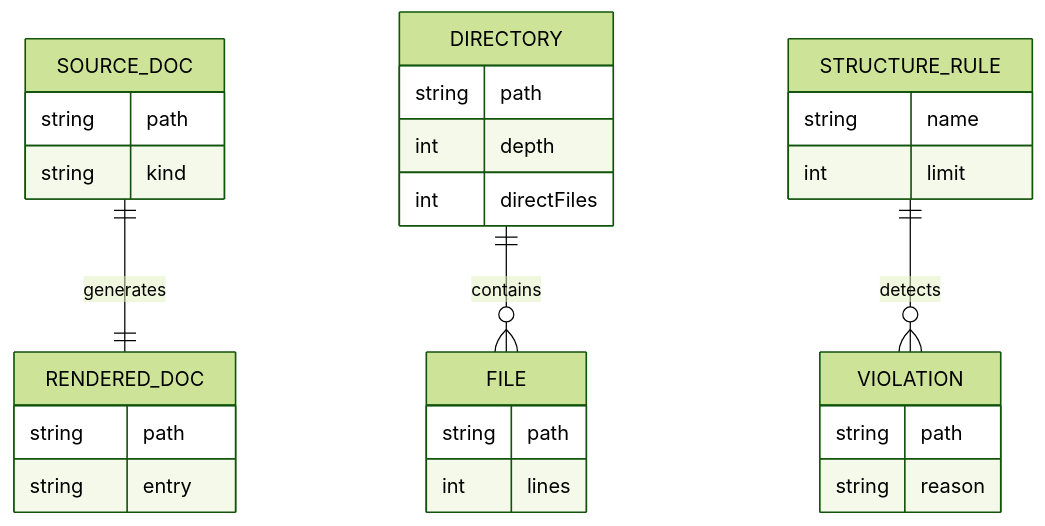
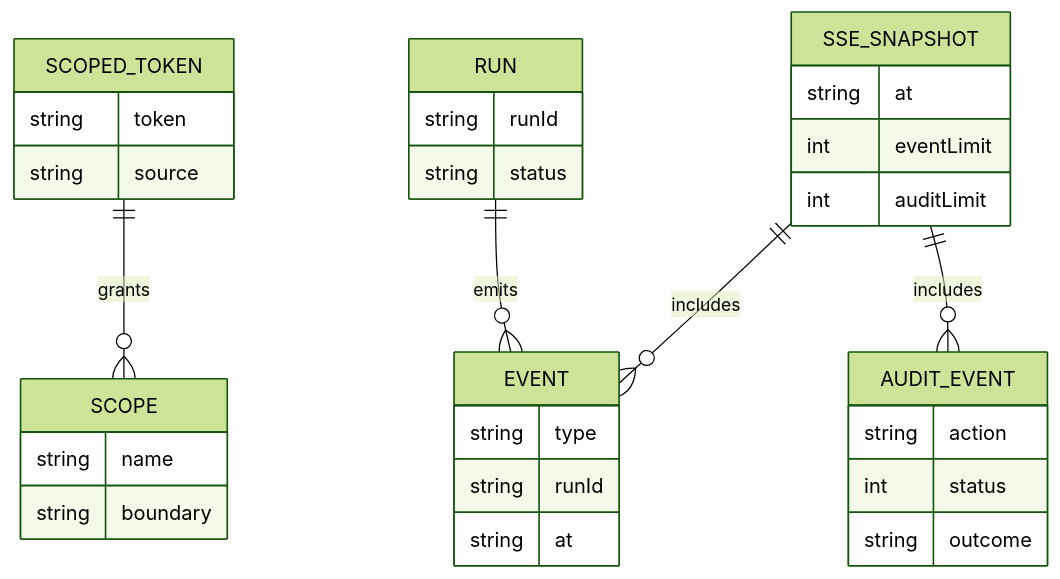
Before and after one commit to mayf3/myclaw: the eighth of 10 diagrams in docs/implementation-architecture.md, drawn with Mermaid (forest theme). The commit also changed other lines of this file and 28 other files, not shown here.

Commit message:
feat: add gateway event stream scoped tokens

````diff
--- a/docs/implementation-architecture.md
+++ b/docs/implementation-architecture.md
@@ -238,13 +240,14 @@
 ```mermaid
 erDiagram
-  SOURCE_DOC ||--|| RENDERED_DOC : generates
-  DIRECTORY ||--o{ FILE : contains
-  STRUCTURE_RULE ||--o{ VIOLATION : detects
+  SCOPED_TOKEN ||--o{ SCOPE : grants
+  SSE_SNAPSHOT ||--o{ EVENT : includes
+  SSE_SNAPSHOT ||--o{ AUDIT_EVENT : includes
+  RUN ||--o{ EVENT : emits
 
-  SOURCE_DOC { string path string kind }
-  RENDERED_DOC { string path string entry }
-  DIRECTORY { string path int depth int directFiles }
-  FILE { string path int lines }
-  STRUCTURE_RULE { string name int limit }
-  VIOLATION { string path string reason }
+  SCOPED_TOKEN { string token string source }
+  SCOPE { string name string boundary }
+  SSE_SNAPSHOT { string at int eventLimit int auditLimit }
+  RUN { string runId string status }
+  EVENT { string type string runId string at }
+  AUDIT_EVENT { string action int status string outcome }
 ```
````
